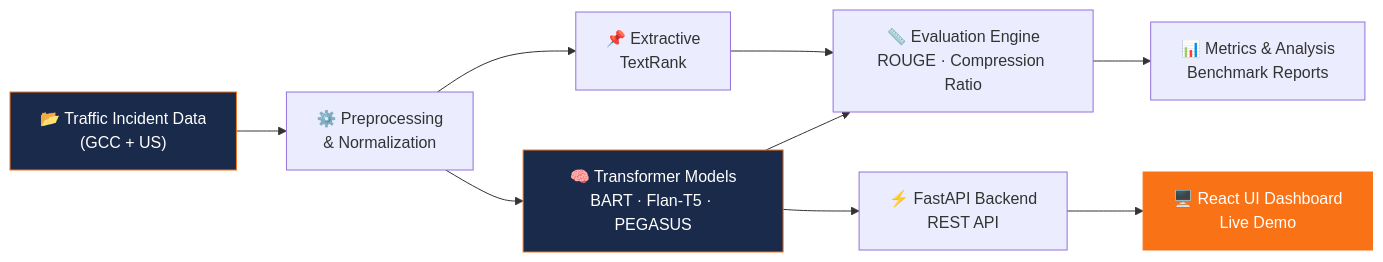
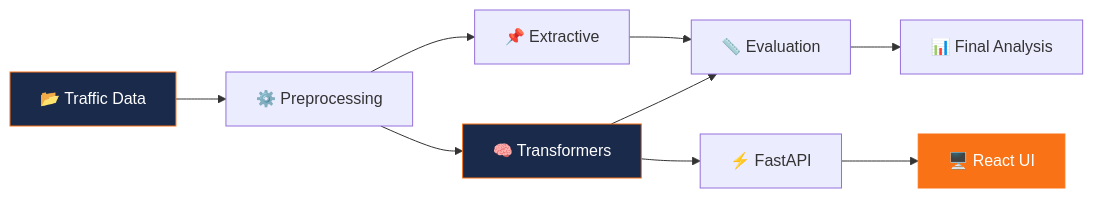
Before and after one commit to VizArtPandey/VizArtPandey: the diagram in README.md, drawn with Mermaid. The commit also changed other lines of this file, not shown here.

Commit message:
💎 Final Aesthetic Polish: Perfect formatting, balanced layouts, and premium executive structure

````diff
--- a/README.md
+++ b/README.md
@@ -116,15 +125,15 @@
 ```mermaid
 flowchart LR
-    A["📂 Traffic Incident Data\n(GCC + US)"] --> B["⚙️ Preprocessing\n& Normalization"]
-    B --> C["📌 Extractive\nTextRank"]
-    B --> D["🧠 Transformer Models\nBART · Flan-T5 · PEGASUS"]
-    C --> E["📏 Evaluation Engine\nROUGE · Compression Ratio"]
+    A["📂 Traffic Data"] --> B["⚙️ Preprocessing"]
+    B --> C["📌 Extractive"]
+    B --> D["🧠 Transformers"]
+    C --> E["📏 Evaluation"]
     D --> E
-    E --> F["📊 Metrics & Analysis\nBenchmark Reports"]
-    D --> G["⚡ FastAPI Backend\nREST API"]
-    G --> H["🖥️ React UI Dashboard\nLive Demo"]
+    E --> F["📊 Final Analysis"]
+    D --> G["⚡ FastAPI"]
+    G --> H["🖥️ React UI"]
 
     style A fill:#1a2a4a,color:#fff,stroke:#f97316
     style D fill:#1a2a4a,color:#fff,stroke:#f97316
     style H fill:#f97316,color:#fff,stroke:#f97316
 ```
````
